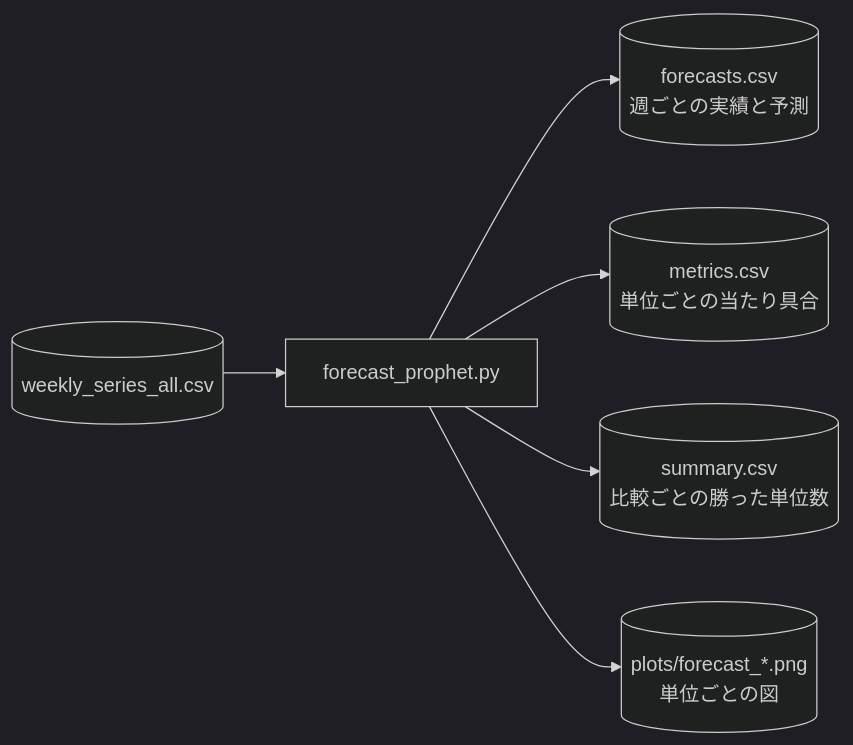
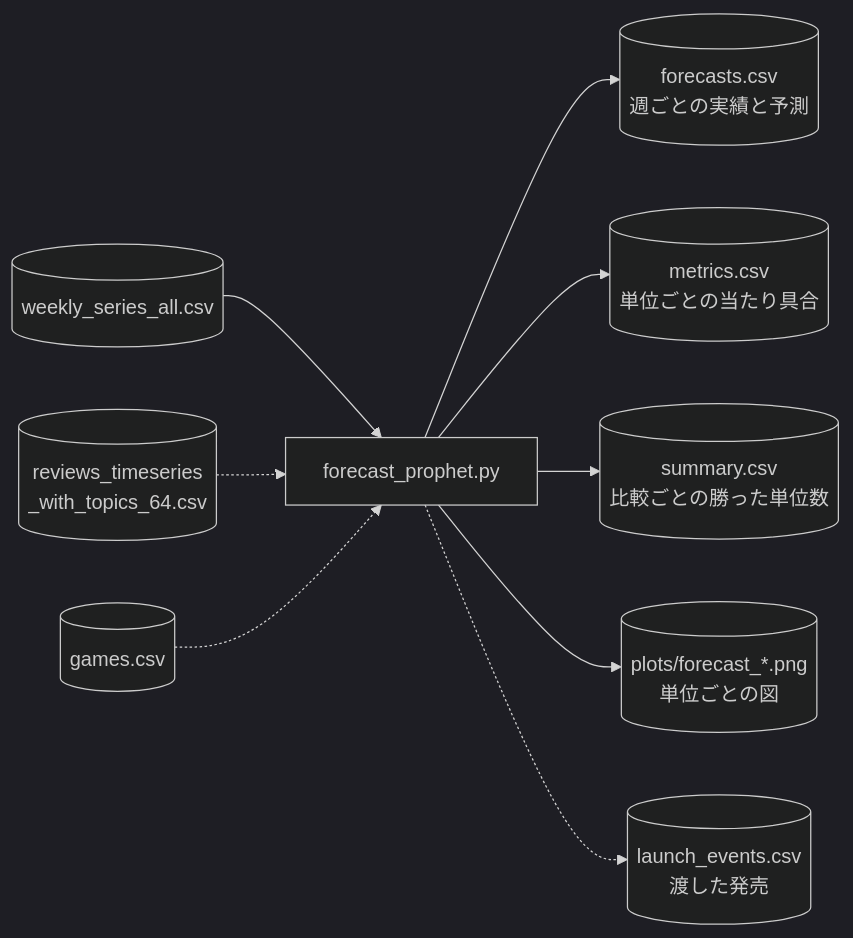
The tenth of 15 diagrams in scripts/README.md (rindguitar/game-demand-forecast), drawn with Mermaid (dark theme) before and after one commit. The commit also changed other lines of this file and 10 other files, not shown here.

````diff
--- a/scripts/README.md
+++ b/scripts/README.md
@@ -394,8 +395,11 @@
 ```mermaid
 flowchart LR
     W[("weekly_series_all.csv")] --> F["forecast_prophet.py"]
+    R[("reviews_timeseries<br/>_with_topics_64.csv")] -.-> F
+    G[("games.csv")] -.-> F
     F --> FC[("forecasts.csv<br/>週ごとの実績と予測")]
     F --> MT[("metrics.csv<br/>単位ごとの当たり具合")]
     F --> SM[("summary.csv<br/>比較ごとの勝った単位数")]
     F --> PL[("plots/forecast_*.png<br/>単位ごとの図")]
+    F -.-> LE[("launch_events.csv<br/>渡した発売")]
 ```
````
